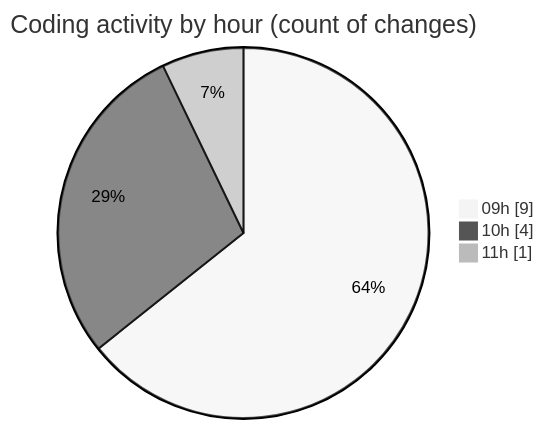
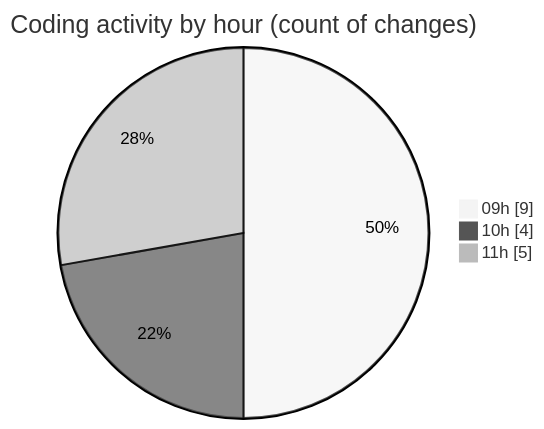
One commit to momahboobian/code-tracking changed the second of 2 diagrams in 2026-01-09/cda/README.md. Above: the diagram before and after it, drawn with Mermaid (neutral theme). The commit also changed other lines of this file and 1 other file, not shown here.

````diff
--- a/2026-01-09/cda/README.md
+++ b/2026-01-09/cda/README.md
@@ -32,7 +32,7 @@
 ```mermaid
 pie showData
 title Coding activity by hour (count of changes)
 "09h" : 9
 "10h" : 4
-"11h" : 1
+"11h" : 5
 ```
````
